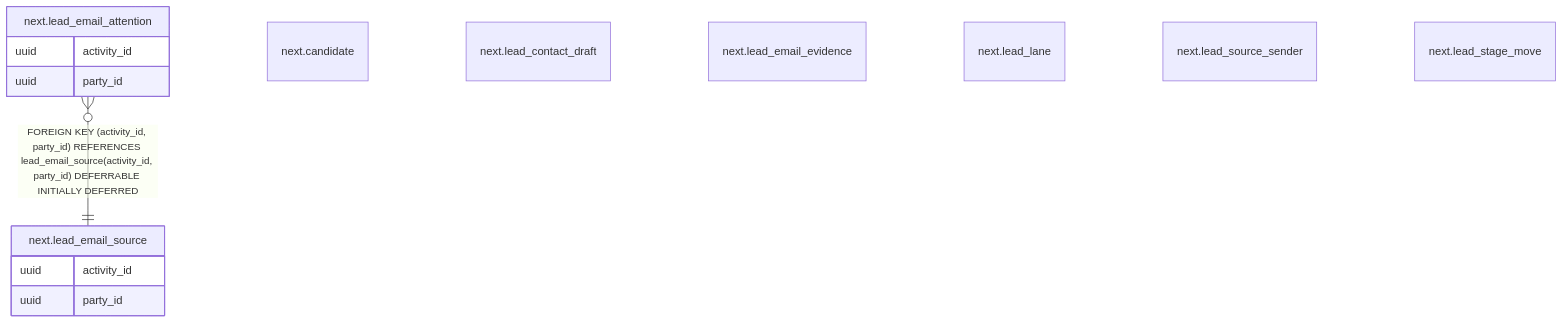
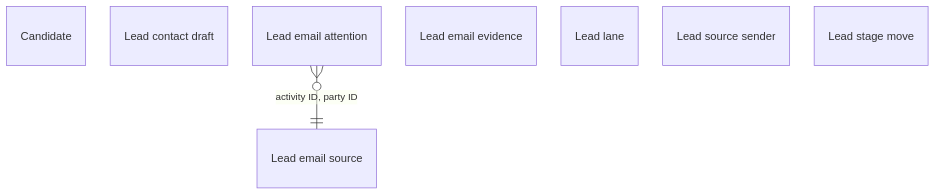
Before and after one commit to DoctorCRE/doctorcre-engine: the diagram in docs/database/tables/viewpoint-leads.md, drawn with Mermaid. The commit also changed other lines of this file and 29 other files, not shown here.

````diff
--- a/docs/database/tables/viewpoint-leads.md
+++ b/docs/database/tables/viewpoint-leads.md
@@ -22,26 +3,19 @@
 ```mermaid
+---
+config:
+  layout: elk
+  er:
+    nodeSpacing: 22
+    rankSpacing: 44
+---
 erDiagram
-
-"next.lead_email_attention" }o--|| "next.lead_email_source" : "FOREIGN KEY (activity_id, party_id) REFERENCES lead_email_source(activity_id, party_id) DEFERRABLE INITIALLY DEFERRED"
-
-"next.candidate" {
-}
-"next.lead_contact_draft" {
-}
-"next.lead_email_attention" {
-  uuid activity_id
-  uuid party_id
-}
-"next.lead_email_evidence" {
-}
-"next.lead_email_source" {
-  uuid activity_id
-  uuid party_id
-}
-"next.lead_lane" {
-}
-"next.lead_source_sender" {
-}
-"next.lead_stage_move" {
-}
+  "Candidate"
+  "Lead contact draft"
+  "Lead email attention"
+  "Lead email evidence"
+  "Lead email source"
+  "Lead lane"
+  "Lead source sender"
+  "Lead stage move"
+  "Lead email attention" }o--|| "Lead email source" : "activity ID, party ID"
 ```
````
